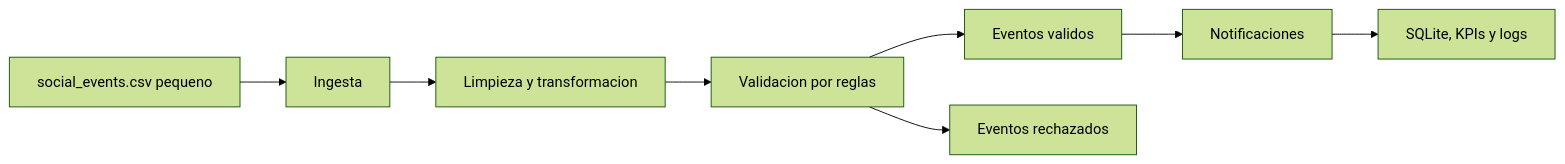
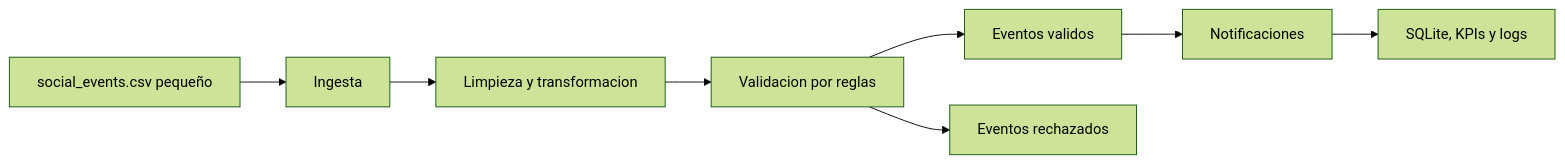
The first of 2 diagrams in README.md (vicentehueichapan/ProyecGEIA), drawn with Mermaid (forest theme) before and after one commit.

````diff
--- a/README.md
+++ b/README.md
@@ -95,10 +95,10 @@
 ```mermaid
 flowchart LR
-    A["social_events.csv pequeno"] --> B["Ingesta"]
+    A["social_events.csv pequeño"] --> B["Ingesta"]
     B --> C["Limpieza y transformacion"]
     C --> D["Validacion por reglas"]
     D --> E["Eventos validos"]
     D --> F["Eventos rechazados"]
     E --> G["Notificaciones"]
     G --> H["SQLite, KPIs y logs"]
 ```
````
